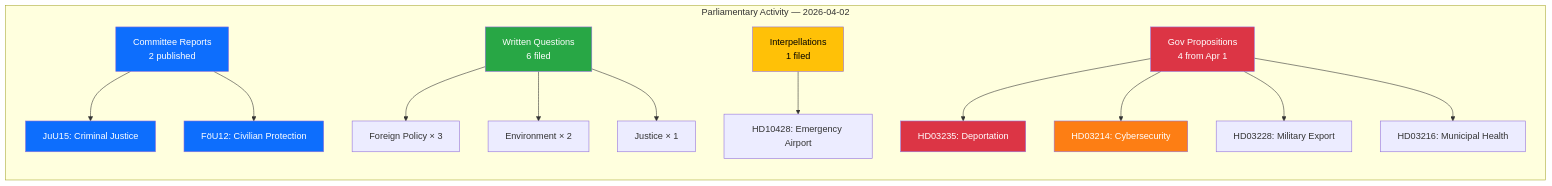
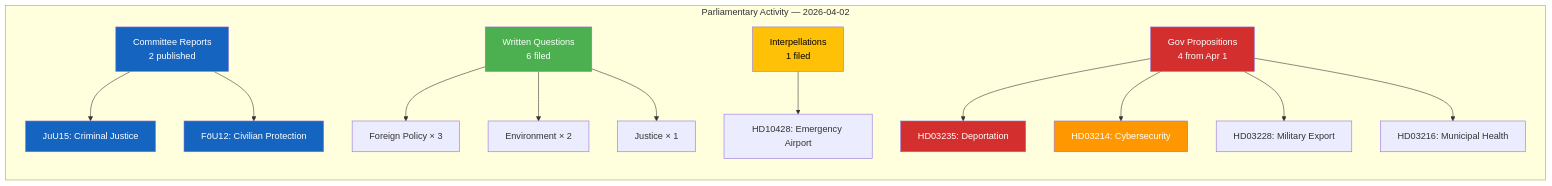
One commit to Hack23/riksdagsmonitor changed the diagram in analysis/daily/2026-04-02/synthesis-summary.md. Above: the diagram before and after it, drawn with Mermaid. The commit also changed 785 other files, not shown here.

First line of the commit message:
Normalize mermaid colors across 786 analysis artifacts to ISMS Style Guide palette

````diff
--- a/analysis/daily/2026-04-02/synthesis-summary.md
+++ b/analysis/daily/2026-04-02/synthesis-summary.md
@@ -14,23 +14,23 @@
 ```mermaid
 graph LR
     subgraph "Parliamentary Activity — 2026-04-02"
         A["Committee Reports<br/>2 published"] --> B["JuU15: Criminal Justice"]
         A --> C["FöU12: Civilian Protection"]
         D["Written Questions<br/>6 filed"] --> E["Foreign Policy × 3"]
         D --> F["Environment × 2"]
         D --> G["Justice × 1"]
         H["Interpellations<br/>1 filed"] --> I["HD10428: Emergency Airport"]
         J["Gov Propositions<br/>4 from Apr 1"] --> K["HD03235: Deportation"]
         J --> L["HD03214: Cybersecurity"]
         J --> M["HD03228: Military Export"]
         J --> N["HD03216: Municipal Health"]
     end
-    style A fill:#0d6efd,color:#fff
-    style D fill:#28a745,color:#fff
-    style H fill:#ffc107,color:#000
-    style J fill:#dc3545,color:#fff
-    style B fill:#0d6efd,color:#fff
-    style C fill:#0d6efd,color:#fff
-    style K fill:#dc3545,color:#fff
-    style L fill:#fd7e14,color:#fff
+    style A fill:#1565C0,color:#FFFFFF
+    style D fill:#4CAF50,color:#FFFFFF
+    style H fill:#FFC107,color:#000000
+    style J fill:#D32F2F,color:#FFFFFF
+    style B fill:#1565C0,color:#FFFFFF
+    style C fill:#1565C0,color:#FFFFFF
+    style K fill:#D32F2F,color:#FFFFFF
+    style L fill:#FF9800,color:#FFFFFF
 ```
````
